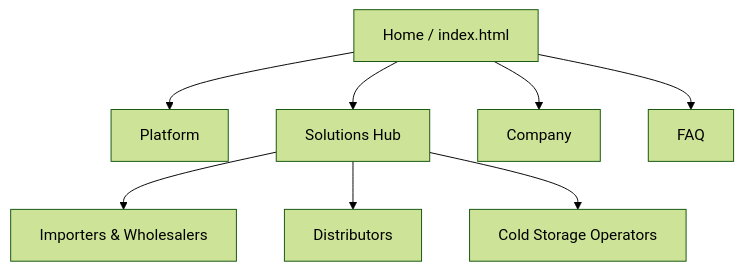
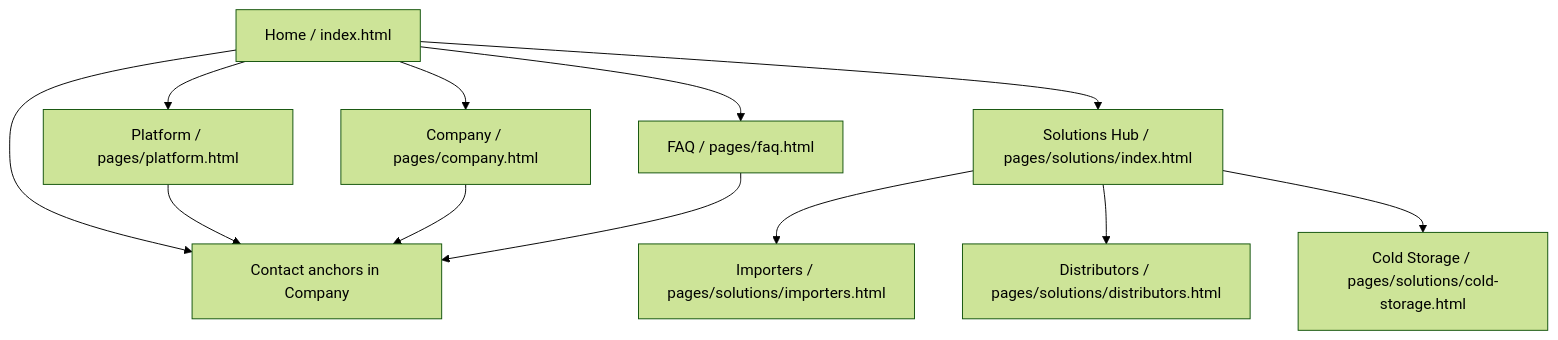
Before and after one commit to upc-pre-202610-1asi0730-12242-king/nexa-ecosystem-report: the diagram in report/40-chapter-4-product-design/4-2-information-architecture.md, drawn with Mermaid (forest theme). The commit also changed other lines of this file and 5 other files, not shown here.

````diff
--- a/report/40-chapter-4-product-design/4-2-information-architecture.md
+++ b/report/40-chapter-4-product-design/4-2-information-architecture.md
@@ -11,11 +11,16 @@
 ```mermaid
 graph TD
-    Home["Home / index.html"] --> Platform["Platform"]
-    Home --> Solutions["Solutions Hub"]
-    Home --> Company["Company"]
-    Home --> FAQ["FAQ"]
+    Home["Home / index.html"] --> Platform["Platform / pages/platform.html"]
+    Home --> Solutions["Solutions Hub / pages/solutions/index.html"]
+    Home --> Company["Company / pages/company.html"]
+    Home --> FAQ["FAQ / pages/faq.html"]
 
-    Solutions --> Importers["Importers & Wholesalers"]
-    Solutions --> Distributors["Distributors"]
-    Solutions --> Storage["Cold Storage Operators"]
+    Solutions --> Importers["Importers / pages/solutions/importers.html"]
+    Solutions --> Distributors["Distributors / pages/solutions/distributors.html"]
+    Solutions --> Storage["Cold Storage / pages/solutions/cold-storage.html"]
+
+    Home --> Contact["Contact anchors in Company"]
+    Platform --> Contact
+    Company --> Contact
+    FAQ --> Contact
 ```
````
